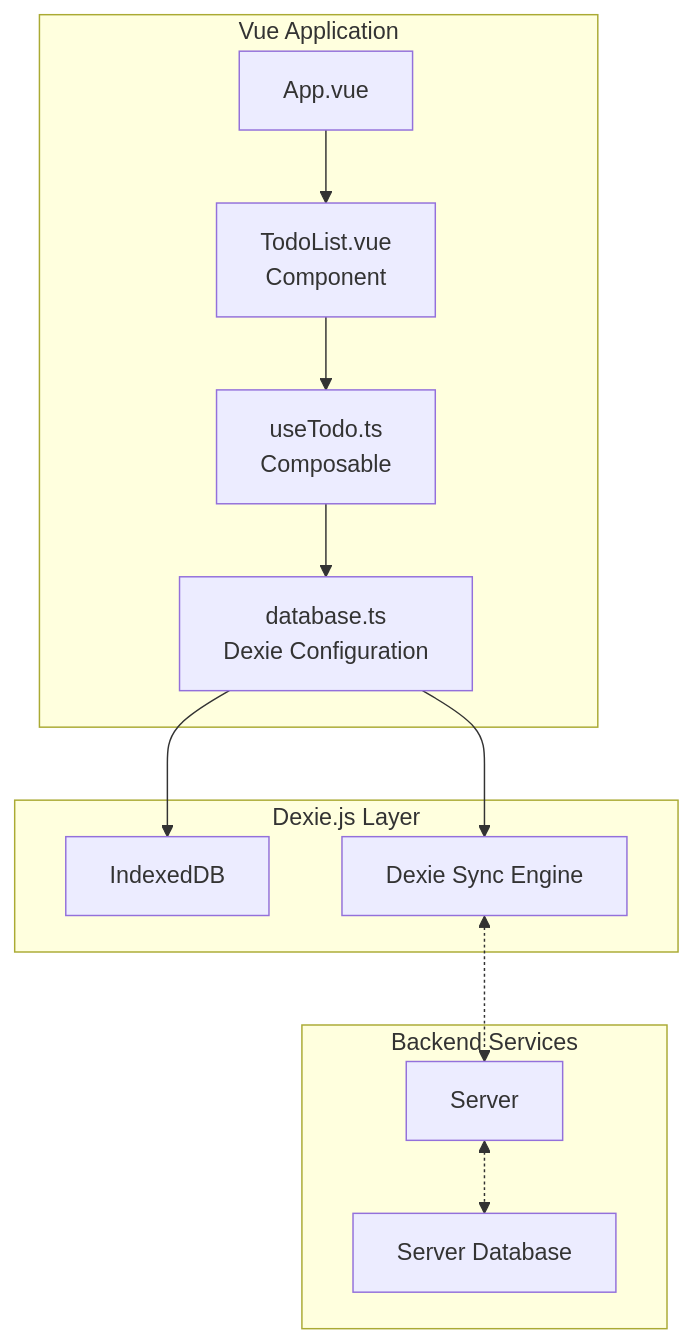
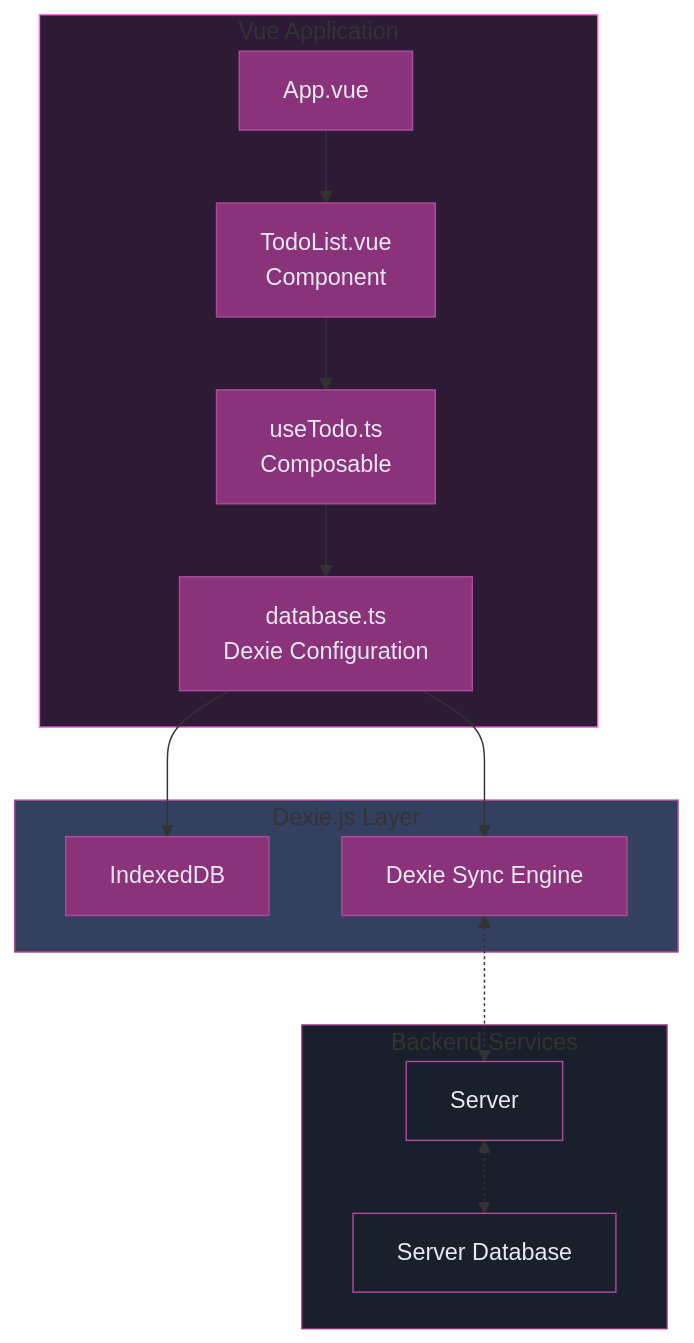
One commit to alexanderop/slides changed the ninth of 9 diagrams in localFirstVue/slides.md. Above: the diagram before and after it, drawn with Mermaid. The commit also changed other lines of this file and 10 other files, not shown here.

Commit message:
Refactor slides.md to enhance structure and readability; replaced static content with reusable components, updated diagrams for clarity, and improved styling for better user interaction.

````diff
--- a/localFirstVue/slides.md
+++ b/localFirstVue/slides.md
@@ -709,29 +690,38 @@
-```mermaid {scale: 0.8}
+```mermaid
 flowchart TD
     subgraph VueApp["Vue Application"]
         App["App.vue"]
         TodoList["TodoList.vue<br>Component"]
         UseTodo["useTodo.ts<br>Composable"]
         Database["database.ts<br>Dexie Configuration"]
         
         App --> TodoList
         TodoList --> UseTodo
         UseTodo --> Database
     end
     
     subgraph DexieLayer["Dexie.js Layer"]
         IndexedDB["IndexedDB"]
         SyncEngine["Dexie Sync Engine"]
         
         Database --> IndexedDB
         Database --> SyncEngine
     end
     
     subgraph Backend["Backend Services"]
         Server["Server"]
         ServerDB["Server Database"]
         
         SyncEngine <-.-> Server
         Server <-.-> ServerDB
     end
+
+    style VueApp fill:#2d1b36,stroke:#FF6BED
+    style DexieLayer fill:#344060,stroke:#AB4B99
+    style Backend fill:#1a1f2c,stroke:#8A337B
+    
+    classDef default fill:#8A337B,stroke:#AB4B99,color:#EAE9F3
+    classDef storage fill:#1a1f2c,stroke:#AB4B99,color:#EAE9F3
+    
+    class Server,ServerDB storage
 ```
````
